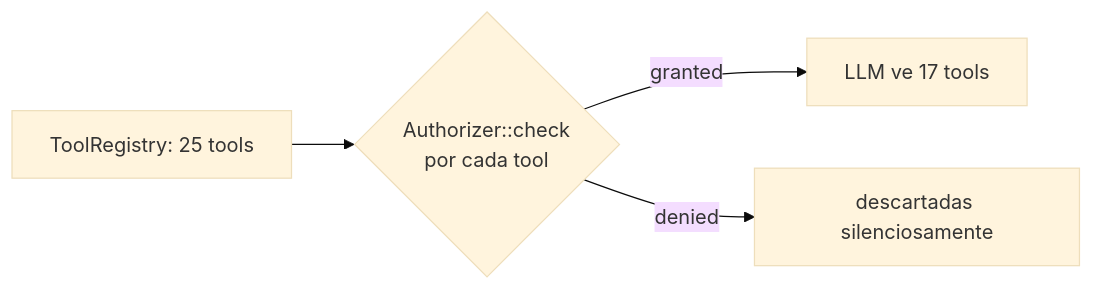
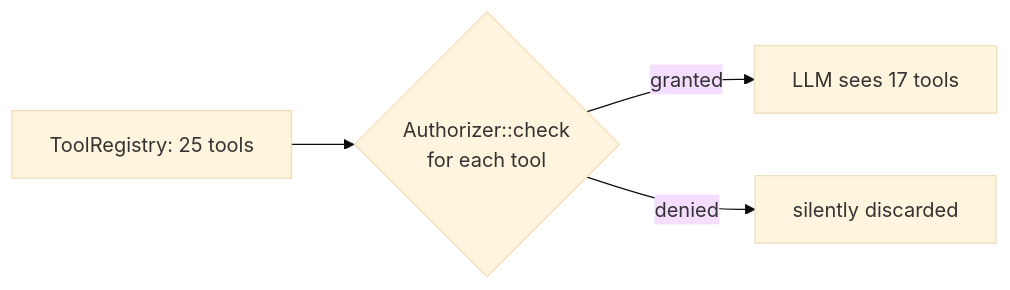
One commit to rnkr69/lara-chatbot changed the third of 3 diagrams in docs/authorization.md. Above: the diagram before and after it, drawn with Mermaid (base theme). The commit also changed other lines of this file and 42 other files, not shown here.

````diff
--- a/docs/authorization.md
+++ b/docs/authorization.md
@@ -444,6 +445,6 @@
 ```mermaid
 flowchart LR
-    R[ToolRegistry: 25 tools] --> F{Authorizer::check<br/>por cada tool}
-    F -->|granted| L[LLM ve 17 tools]
-    F -->|denied| X[descartadas silenciosamente]
+    R[ToolRegistry: 25 tools] --> F{Authorizer::check<br/>for each tool}
+    F -->|granted| L[LLM sees 17 tools]
+    F -->|denied| X[silently discarded]
 ```
````
